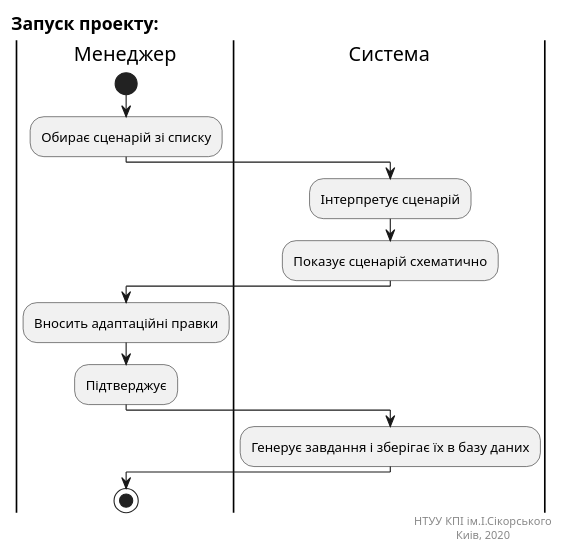
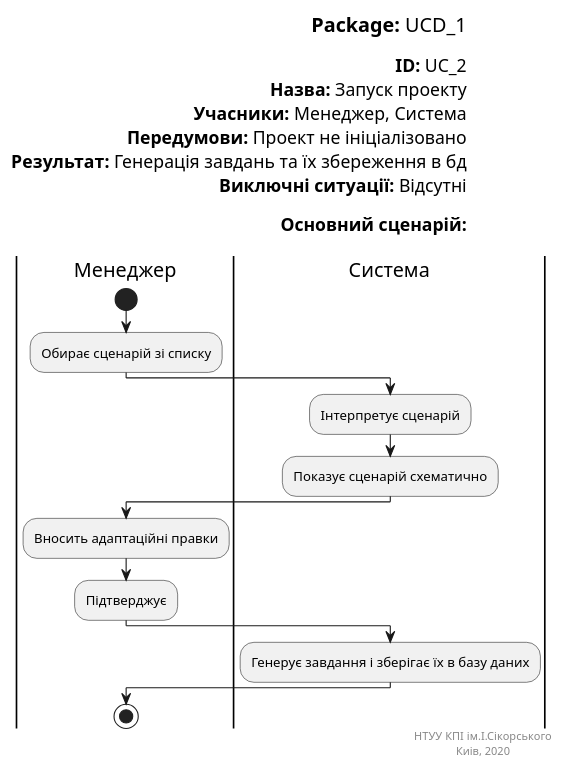
The diagram in docs/puml/runProject.puml (Jirobus/Core), drawn with PlantUML before and after one commit.

```diff
--- a/docs/puml/runProject.puml
+++ b/docs/puml/runProject.puml
@@ -1,29 +1,38 @@
-@startuml runProjectUC
+@startuml runProject
+left header
+<font color=000 size=18><b>Package:</b> UCD_1
 
-left header
-<font size=16 color=black><b>Запуск проекту:</b> 
+<font color=000 size=16><b>ID:</b> UC_2
+<font color=000 size=16><b>Назва:</b> Запуск проекту
+<font color=000 size=16><b>Учасники:</b> Менеджер, Система
+<font color=000 size=16><b>Передумови:</b> Проект не ініціалізовано
+<font color=000 size=16><b>Результат:</b> Генерація завдань та їх збереження в бд
+<font color=000 size=16><b>Виключні ситуації:</b> Відсутні
+
+<font color=000 size=16><b>Основний сценарій:</b> 
+
 end header
 
 |Менеджер|
 start
 :Обирає сценарій зі списку;
 
 |Система|
 :Інтерпретує сценарій;
 :Показує сценарій схематично;
 
 |Менеджер|
 :Вносить адаптаційні правки;
 :Підтверджує;
 
 |Система|
 :Генерує завдання і зберігає їх в базу даних;
 
 |Менеджер|
 stop
 
 right footer
 НТУУ КПІ ім.І.Сікорського
 Киів, 2020 
 end footer
 @enduml
```
